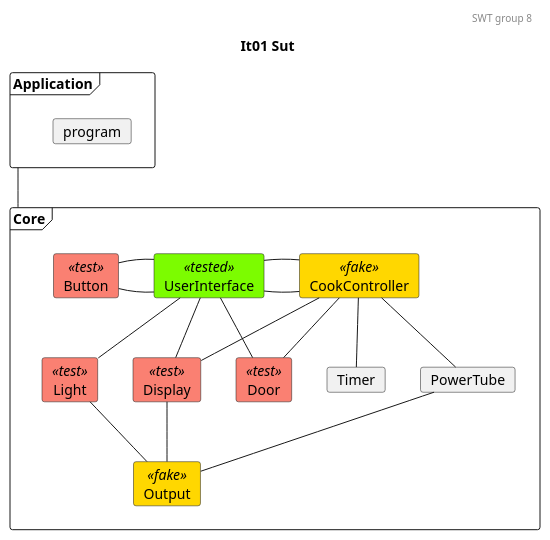
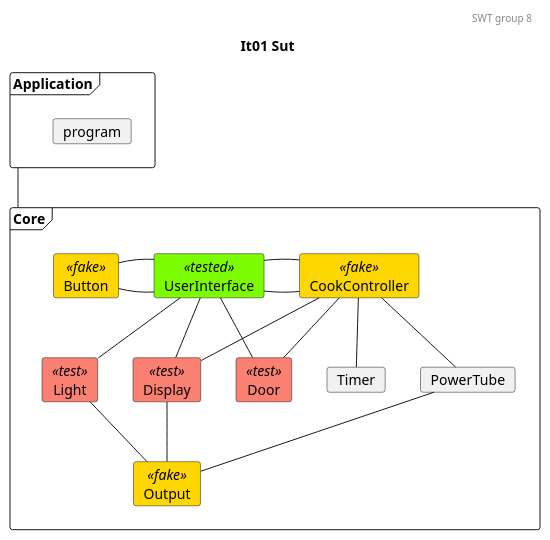
Before and after one commit to mikkel-ol/I4SWT-MicrowaveOven: the diagram in docs/SysTestTree1.plantuml, drawn with PlantUML. The commit also changed 2 other files, not shown here.

```diff
--- a/docs/SysTestTree1.plantuml
+++ b/docs/SysTestTree1.plantuml
@@ -1,63 +1,63 @@
 @startuml
 
 'Testing colors:
 skinparam card{
     backgroundColor<<tested>> lawngreen
     backgroundColor<<sut>> salmon
     backgroundColor<<test>> salmon
     backgroundColor<<fake>> gold
 }
 
 header SWT group 8
 title It01 Sut
 
 frame Application{
     card program
 }
 
 frame Core{
     card UserInterface<<tested>>
     card CookController<<fake>>
 
     card Door<<test>>
     card Light<<test>>
     card Timer
     card PowerTube
     card Display<<test>>
     card Output<<fake>>
-    card Button<<test>>
+    card Button<<fake>>
 }
 
 'Relations projects
 ' 0. to 1.
 Application -- Core
 
 'Relations CookController:
 '1.
 CookController - UserInterface
 '1. to 2.
 CookController -- Door
 CookController -- Timer
 CookController -- PowerTube
 CookController -- Display
 
 'Relations UserInterface:
 '1.
 UserInterface - CookController
 Button - UserInterface 
 UserInterface - Button
 
 '1. to 2.
 UserInterface -- Light
 UserInterface -- Door
 UserInterface -- Display
 
 
 ' Relations 2. to 3.
 Light -- Output
 Display -- Output
 PowerTube -- Output
 
 
 
 @enduml
```
